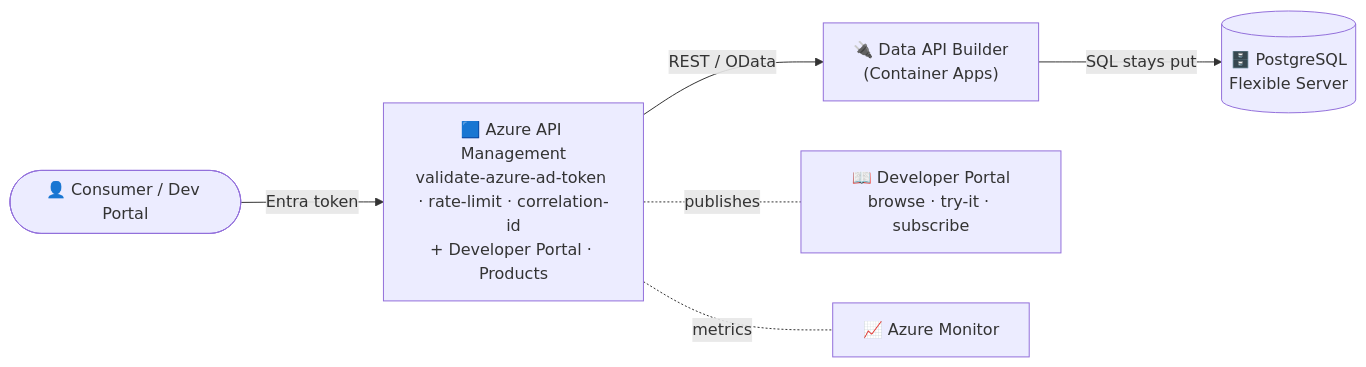
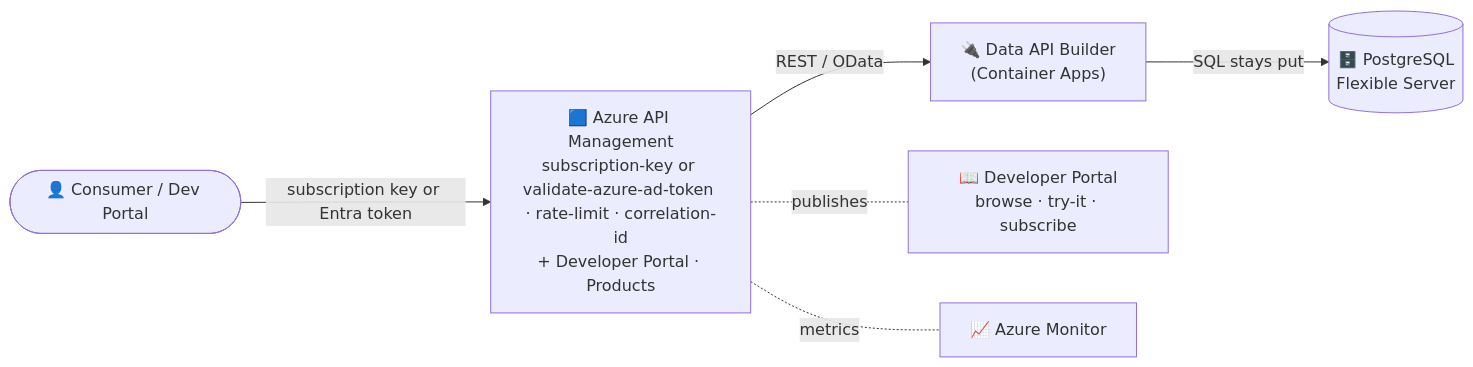
Before and after one commit to fgarofalo56/nasa-api-first-poc: the diagram in docs/APIM-EDITION.md, drawn with Mermaid. The commit also changed other lines of this file and 27 other files, not shown here.

````diff
--- a/docs/APIM-EDITION.md
+++ b/docs/APIM-EDITION.md
@@ -39,8 +41,8 @@
 ```mermaid
 flowchart LR
-    User(["👤 Consumer / Dev Portal"]) -->|Entra token| APIM["🟦 Azure API Management\nvalidate-azure-ad-token · rate-limit · correlation-id\n+ Developer Portal · Products"]
-    APIM -->|REST / OData| DAB["🔌 Data API Builder\n(Container Apps)"]
-    DAB -->|SQL stays put| PG[("🗄️ PostgreSQL\nFlexible Server")]
-    APIM -. publishes .- PORTAL["📖 Developer Portal\nbrowse · try-it · subscribe"]
+    User(["👤 Consumer / Dev Portal"]) -->|subscription key or Entra token| APIM["🟦 Azure API Management<br/>subscription-key or validate-azure-ad-token · rate-limit · correlation-id<br/>+ Developer Portal · Products"]
+    APIM -->|REST / OData| DAB["🔌 Data API Builder<br/>(Container Apps)"]
+    DAB -->|SQL stays put| PG[("🗄️ PostgreSQL<br/>Flexible Server")]
+    APIM -. publishes .- PORTAL["📖 Developer Portal<br/>browse · try-it · subscribe"]
     APIM -. metrics .- MON["📈 Azure Monitor"]
 ```
````
